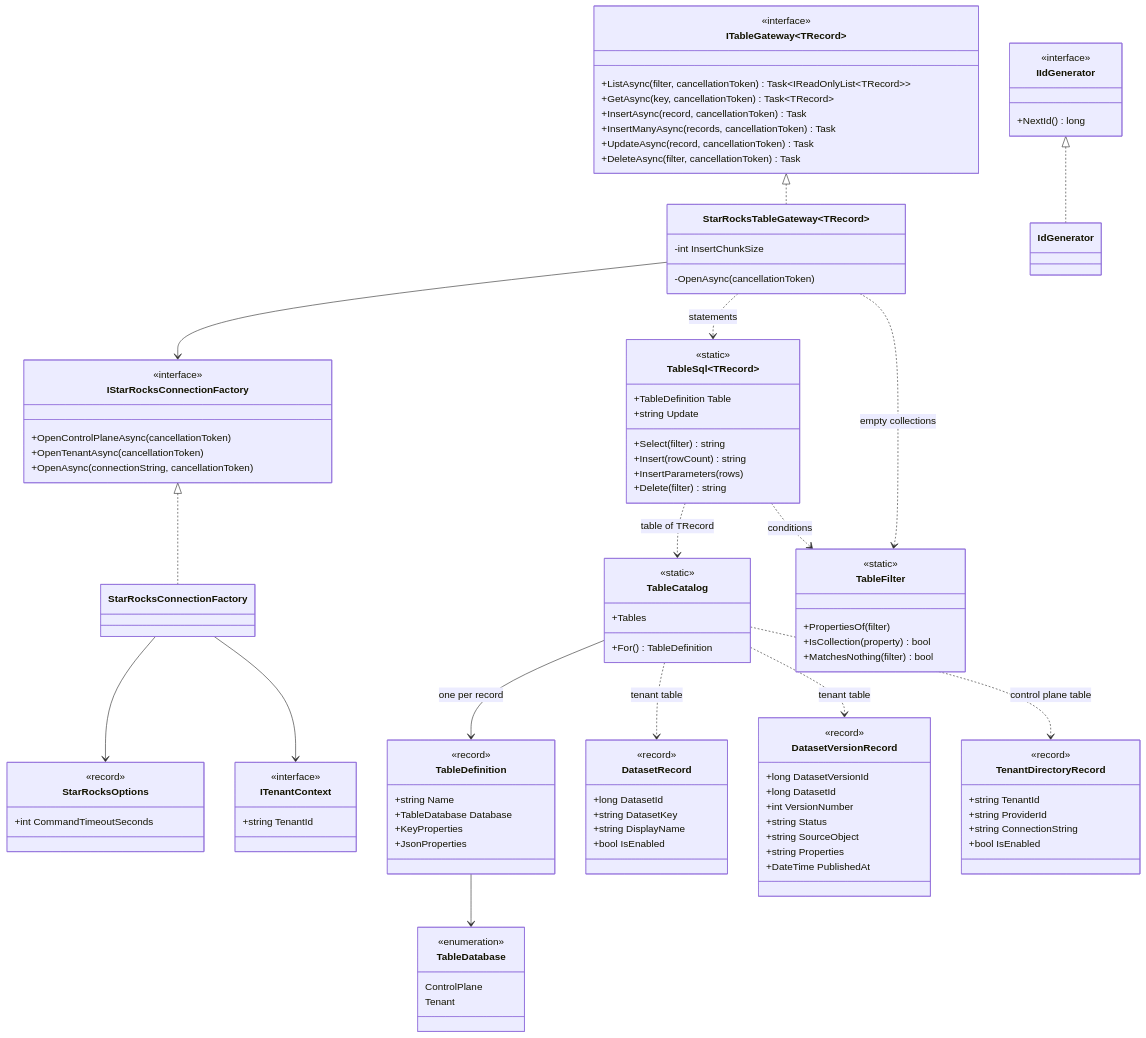
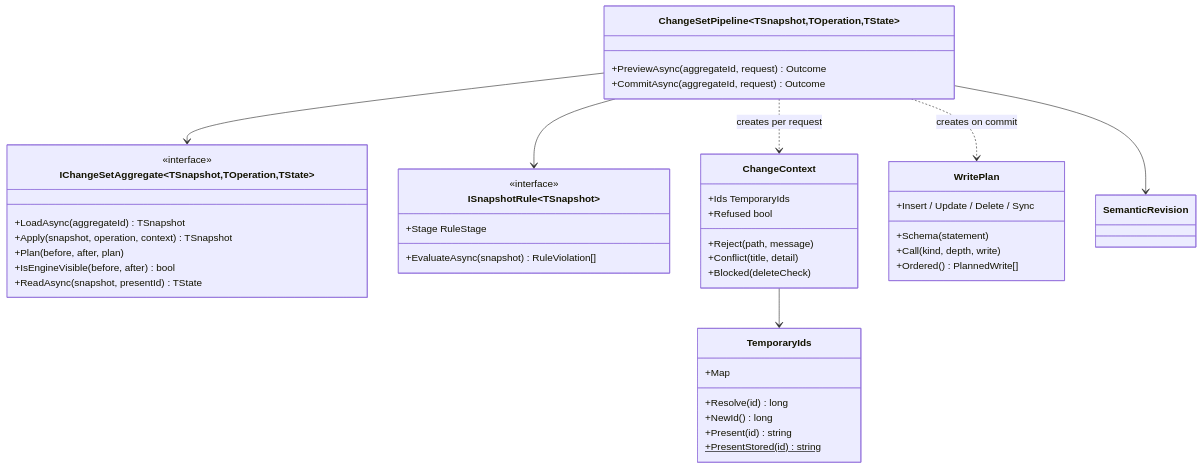
Before and after one commit to chrisaliotta/Quantalytix.QueryEngine.Admin: the diagram in api/docs/architecture/03-core-classes.md, drawn with Mermaid. The commit also changed other lines of this file and 7 other files, not shown here.

Commit message:
Rewrite the API README and architecture docs for the change-set API

````diff
--- a/api/docs/architecture/03-core-classes.md
+++ b/api/docs/architecture/03-core-classes.md
@@ -91,108 +23,46 @@
 ```mermaid
 classDiagram
-    direction TB
-    class ITableGateway~TRecord~ {
+    class IChangeSetAggregate~TSnapshot,TOperation,TState~ {
         <<interface>>
-        +ListAsync(filter, cancellationToken) Task~IReadOnlyList~TRecord~~
-        +GetAsync(key, cancellationToken) Task~TRecord~
-        +InsertAsync(record, cancellationToken) Task
-        +InsertManyAsync(records, cancellationToken) Task
-        +UpdateAsync(record, cancellationToken) Task
-        +DeleteAsync(filter, cancellationToken) Task
+        +LoadAsync(aggregateId) TSnapshot
+        +Apply(snapshot, operation, context) TSnapshot
+        +Plan(before, after, plan)
+        +IsEngineVisible(before, after) bool
+        +ReadAsync(snapshot, presentId) TState
     }
-    class StarRocksTableGateway~TRecord~ {
-        -int InsertChunkSize
-        -OpenAsync(cancellationToken)
+    class ChangeSetPipeline~TSnapshot,TOperation,TState~ {
+        +PreviewAsync(aggregateId, request) Outcome
+        +CommitAsync(aggregateId, request) Outcome
     }
-    class TableSql~TRecord~ {
-        <<static>>
-        +TableDefinition Table
-        +string Update
-        +Select(filter) string
-        +Insert(rowCount) string
-        +InsertParameters(rows)
-        +Delete(filter) string
+    class ISnapshotRule~TSnapshot~ {
+        <<interface>>
+        +Stage RuleStage
+        +EvaluateAsync(snapshot) RuleViolation[]
     }
-    class TableCatalog {
-        <<static>>
-        +Tables
-        +For() TableDefinition
+    class ChangeContext {
+        +Ids TemporaryIds
+        +Reject(path, message)
+        +Conflict(title, detail)
+        +Blocked(deleteCheck)
+        +Refused bool
     }
-    class TableDefinition {
-        <<record>>
-        +string Name
-        +TableDatabase Database
-        +KeyProperties
-        +JsonProperties
+    class WritePlan {
+        +Insert / Update / Delete / Sync
+        +Schema(statement)
+        +Call(kind, depth, write)
+        +Ordered() PlannedWrite[]
     }
-    class TableDatabase {
-        <<enumeration>>
-        ControlPlane
-        Tenant
+    class TemporaryIds {
+        +Resolve(id) long
+        +NewId() long
+        +Present(id) string
+        +PresentStored(id)$ string
+        +Map
     }
-    class TableFilter {
-        <<static>>
-        +PropertiesOf(filter)
-        +IsCollection(property) bool
-        +MatchesNothing(filter) bool
-    }
-    class IStarRocksConnectionFactory {
-        <<interface>>
-        +OpenControlPlaneAsync(cancellationToken)
-        +OpenTenantAsync(cancellationToken)
-        +OpenAsync(connectionString, cancellationToken)
-    }
-    class StarRocksConnectionFactory
-    class StarRocksOptions {
-        <<record>>
-        +int CommandTimeoutSeconds
-    }
-    class ITenantContext {
-        <<interface>>
-        +string TenantId
-    }
-    class IIdGenerator {
-        <<interface>>
-        +NextId() long
-    }
-    class IdGenerator
-    class DatasetRecord {
-        <<record>>
-        +long DatasetId
-        +string DatasetKey
-        +string DisplayName
-        +bool IsEnabled
-    }
-    class DatasetVersionRecord {
-        <<record>>
-        +long DatasetVersionId
-        +long DatasetId
-        +int VersionNumber
-        +string Status
-        +string SourceObject
-        +string Properties
-        +DateTime PublishedAt
-    }
-    class TenantDirectoryRecord {
-        <<record>>
-        +string TenantId
-        +string ProviderId
-        +string ConnectionString
-        +bool IsEnabled
-    }
-    ITableGateway <|.. StarRocksTableGateway
-    StarRocksTableGateway --> IStarRocksConnectionFactory
-    StarRocksTableGateway ..> TableSql : statements
-    StarRocksTableGateway ..> TableFilter : empty collections
-    TableSql ..> TableCatalog : table of TRecord
-    TableSql ..> TableFilter : conditions
-    TableCatalog --> TableDefinition : one per record
-    TableDefinition --> TableDatabase
-    IStarRocksConnectionFactory <|.. StarRocksConnectionFactory
-    StarRocksConnectionFactory --> StarRocksOptions
-    StarRocksConnectionFactory --> ITenantContext
-    IIdGenerator <|.. IdGenerator
-    TableCatalog ..> DatasetRecord : tenant table
-    TableCatalog ..> DatasetVersionRecord : tenant table
-    TableCatalog ..> TenantDirectoryRecord : control plane table
+    ChangeSetPipeline --> IChangeSetAggregate
+    ChangeSetPipeline --> ISnapshotRule
+    ChangeSetPipeline ..> ChangeContext : creates per request
+    ChangeSetPipeline ..> WritePlan : creates on commit
+    ChangeSetPipeline --> SemanticRevision
+    ChangeContext --> TemporaryIds
 ```
````
